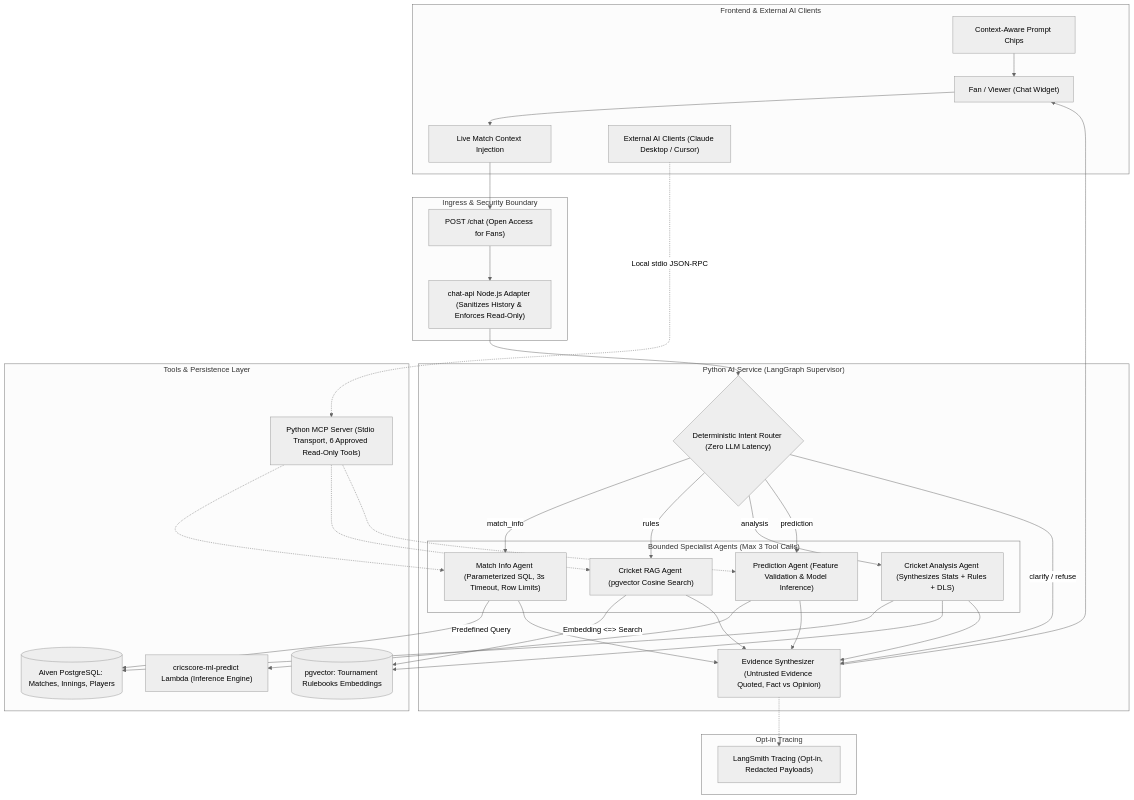
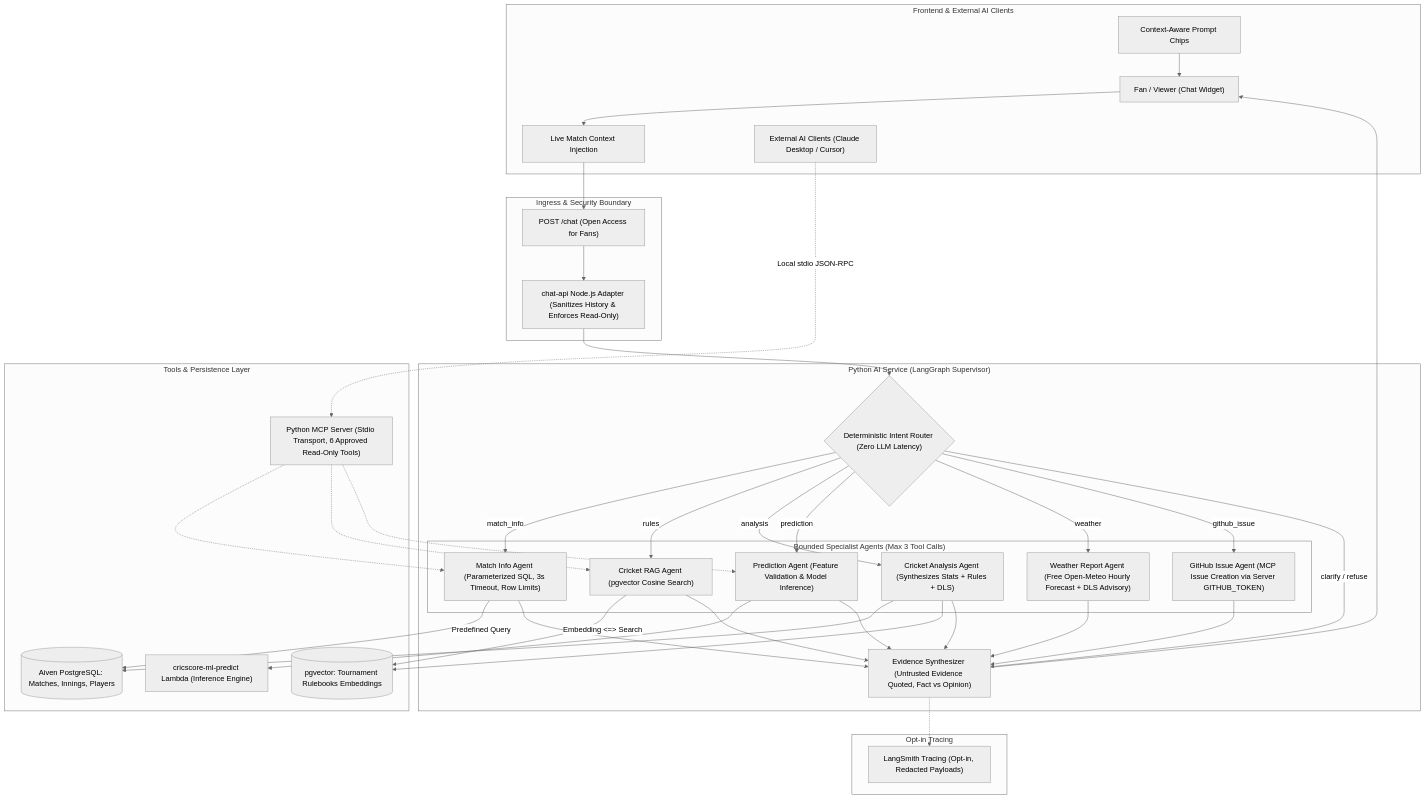
One commit to venkatesh-singamsetty/cricscore changed the second of 3 diagrams in README.md. Above: the diagram before and after it, drawn with Mermaid (neutral theme). The commit also changed other lines of this file and 37 other files, not shown here.

Commit message:
feat(ai): add match weather and github issue agents, refine UI headers and question styling

````diff
--- a/README.md
+++ b/README.md
@@ -126,69 +126,75 @@
 ```mermaid
 flowchart TD
     subgraph UserInterface ["Frontend & External AI Clients"]
         User["Fan / Viewer (Chat Widget)"]
         Chips["Context-Aware Prompt Chips"]
         LiveContext["Live Match Context Injection"]
         ExtMCP["External AI Clients (Claude Desktop / Cursor)"]
     end
 
     subgraph SecurityGate ["Ingress & Security Boundary"]
         APIGW_Chat["POST /chat (Open Access for Fans)"]
         NodeAdapter["chat-api Node.js Adapter (Sanitizes History & Enforces Read-Only)"]
     end
 
     subgraph LangGraphSupervisor ["Python AI Service (LangGraph Supervisor)"]
         Classifier{"Deterministic Intent Router (Zero LLM Latency)"}
 
         subgraph SpecializedAgents ["Bounded Specialist Agents (Max 3 Tool Calls)"]
             MatchAgent["Match Info Agent (Parameterized SQL, 3s Timeout, Row Limits)"]
             RAGAgent["Cricket RAG Agent (pgvector Cosine Search)"]
             AnalysisAgent["Cricket Analysis Agent (Synthesizes Stats + Rules + DLS)"]
             PredictionAgent["Prediction Agent (Feature Validation & Model Inference)"]
+            WeatherAgent["Weather Report Agent (Free Open-Meteo Hourly Forecast + DLS Advisory)"]
+            IssueAgent["GitHub Issue Agent (MCP Issue Creation via Server GITHUB_TOKEN)"]
         end
 
         Synthesizer["Evidence Synthesizer (Untrusted Evidence Quoted, Fact vs Opinion)"]
     end
 
     subgraph DataAndTools ["Tools & Persistence Layer"]
         PG_Relational[("Aiven PostgreSQL: Matches, Innings, Players")]
         PG_Vector[("pgvector: Tournament Rulebooks Embeddings")]
         ML_Model["cricscore-ml-predict Lambda (Inference Engine)"]
         MCPServer["Python MCP Server (Stdio Transport, 6 Approved Read-Only Tools)"]
     end
 
     subgraph Observability ["Opt-in Tracing"]
         LangSmith["LangSmith Tracing (Opt-in, Redacted Payloads)"]
     end
 
     User --> LiveContext
     Chips --> User
     LiveContext --> APIGW_Chat
     APIGW_Chat --> NodeAdapter
     NodeAdapter --> Classifier
 
     Classifier -->|match_info| MatchAgent
     Classifier -->|rules| RAGAgent
     Classifier -->|analysis| AnalysisAgent
     Classifier -->|prediction| PredictionAgent
+    Classifier -->|weather| WeatherAgent
+    Classifier -->|github_issue| IssueAgent
     Classifier -->|clarify / refuse| Synthesizer
 
     MatchAgent -->|Predefined Query| PG_Relational
     RAGAgent -->|Embedding <=> Search| PG_Vector
     AnalysisAgent --> PG_Relational
     AnalysisAgent --> PG_Vector
     PredictionAgent --> ML_Model
 
     MatchAgent --> Synthesizer
     RAGAgent --> Synthesizer
     AnalysisAgent --> Synthesizer
     PredictionAgent --> Synthesizer
+    WeatherAgent --> Synthesizer
+    IssueAgent --> Synthesizer
 
     ExtMCP -.->|Local stdio JSON-RPC| MCPServer
     MCPServer -.-> MatchAgent
     MCPServer -.-> RAGAgent
     MCPServer -.-> PredictionAgent
 
     Synthesizer -.-> LangSmith
     Synthesizer --> User
 ```
````
